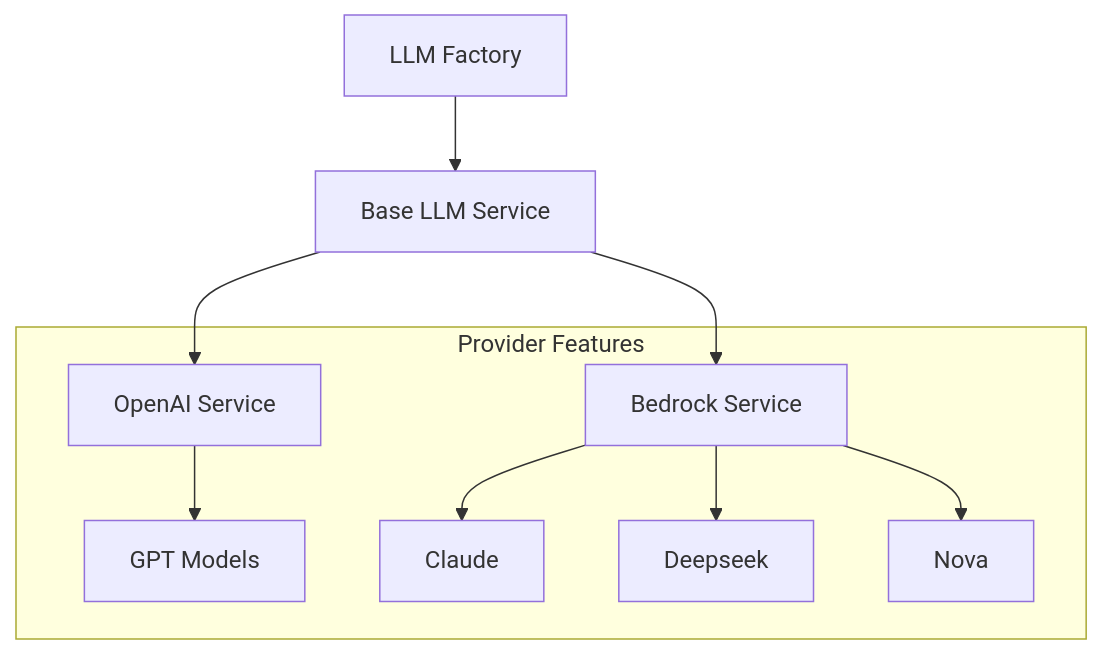
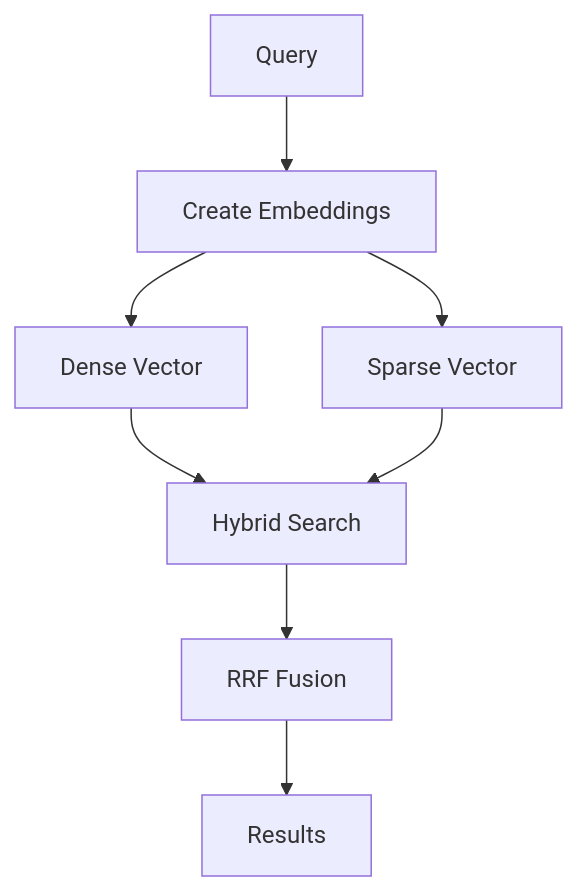
Before and after one commit to laialex501/lorechat-container: the fourth of 5 diagrams in README.md, drawn with Mermaid. The commit also changed other lines of this file and 30 other files, not shown here.

````diff
--- a/README.md
+++ b/README.md
@@ -98,13 +135,12 @@
 ```mermaid
 graph TD
-    A[LLM Factory] --> B[Base LLM Service]
-    B --> C[OpenAI Service]
-    B --> D[Bedrock Service]
+    A[Query] --> B[Create Embeddings]
+    B --> C[Dense Vector]
+    B --> D[Sparse Vector]
     
-    subgraph "Provider Features"
-        C --> E[GPT Models]
-        D --> F[Claude]
-        D --> G[Deepseek]
-        D --> H[Nova]
-    end
+    C --> E[Hybrid Search]
+    D --> E
+    
+    E --> F[RRF Fusion]
+    F --> G[Results]
 ```
````
